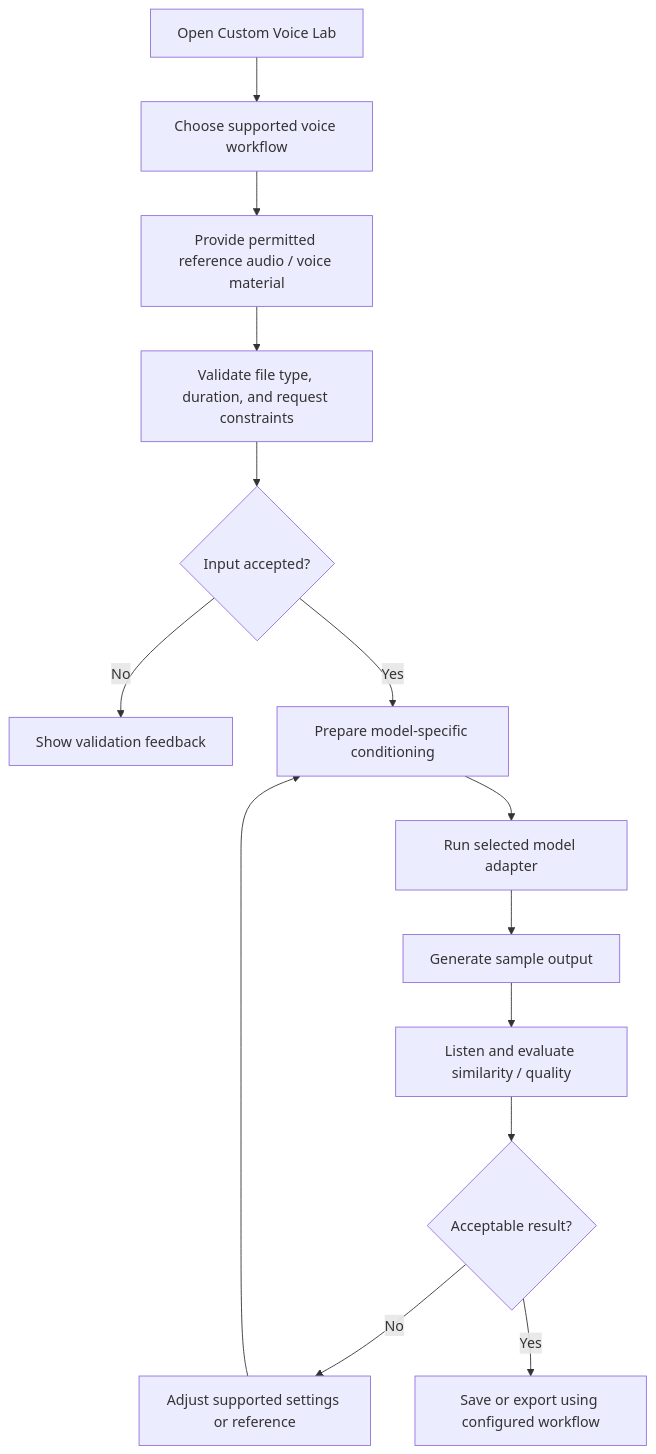
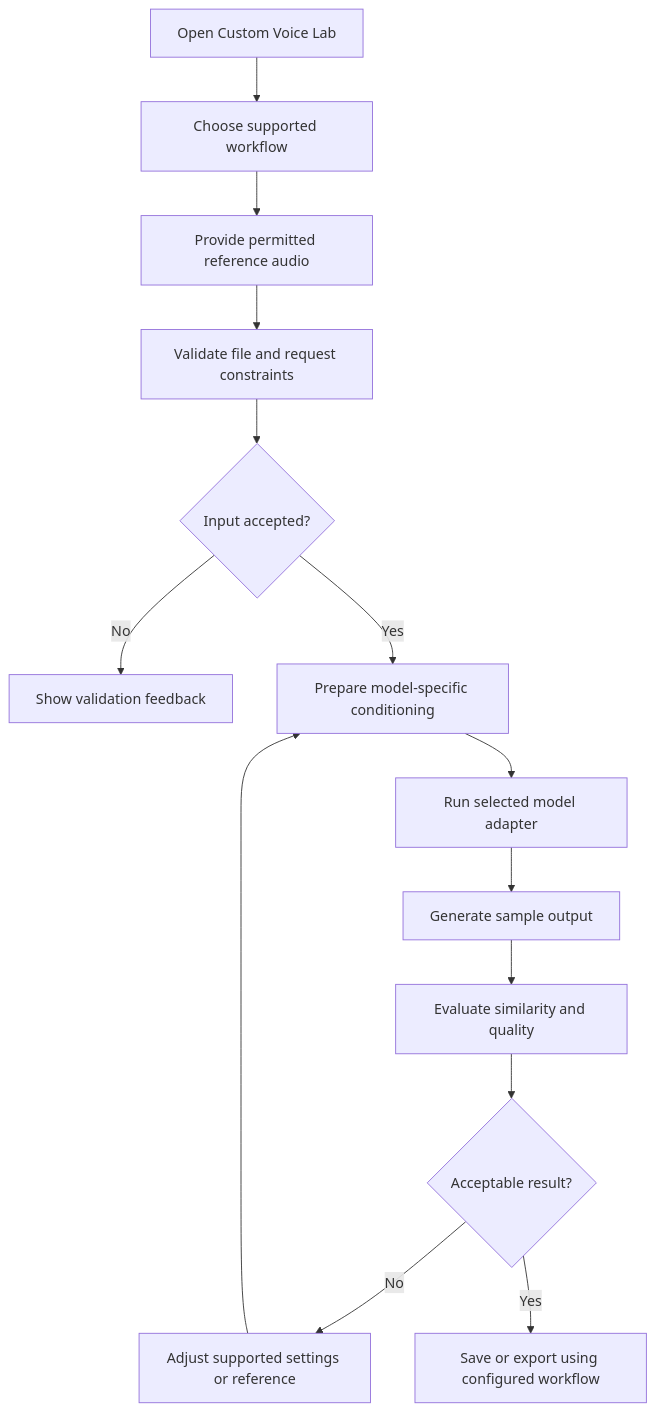
The fifth of 5 diagrams in README.md (costaspinto/ArkByte-Voice-Studio), drawn with Mermaid before and after one commit. The commit also changed other lines of this file, not shown here.

Commit message:
docs: redesign ArkByte Voice Studio README

````diff
--- a/README.md
+++ b/README.md
@@ -204,16 +270,16 @@
 ```mermaid
 flowchart TD
-    A[Open Custom Voice Lab] --> B[Choose supported voice workflow]
-    B --> C[Provide permitted reference audio / voice material]
-    C --> D[Validate file type, duration, and request constraints]
+    A[Open Custom Voice Lab] --> B[Choose supported workflow]
+    B --> C[Provide permitted reference audio]
+    C --> D[Validate file and request constraints]
     D --> E{Input accepted?}
     E -- No --> F[Show validation feedback]
     E -- Yes --> G[Prepare model-specific conditioning]
     G --> H[Run selected model adapter]
     H --> I[Generate sample output]
-    I --> J[Listen and evaluate similarity / quality]
+    I --> J[Evaluate similarity and quality]
     J --> K{Acceptable result?}
     K -- No --> L[Adjust supported settings or reference]
     L --> G
     K -- Yes --> M[Save or export using configured workflow]
 ```
````
